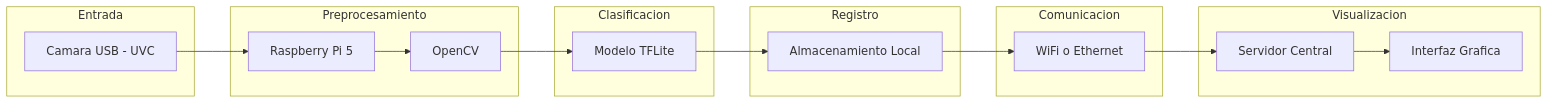
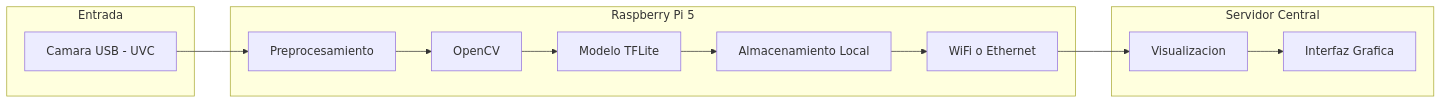
One commit to lestorres/Reconocimiento_clasificacion_de_expresiones changed the diagram in docs/arquitectura.md. Above: the diagram before and after it, drawn with Mermaid. The commit also changed other lines of this file, not shown here.

````diff
--- a/docs/arquitectura.md
+++ b/docs/arquitectura.md
@@ -52,38 +52,29 @@
 ```mermaid
 flowchart LR
     subgraph Entrada
         A[Camara USB - UVC]
     end
 
-    subgraph Preprocesamiento
-        B[Raspberry Pi 5]
+    subgraph  Raspberry Pi 5
+        B[Preprocesamiento]
         C[OpenCV]
-    end
-
-    subgraph Clasificacion
         D[Modelo TFLite]
-    end
-
-    subgraph Registro
         E[Almacenamiento Local]
-    end
-
-    subgraph Comunicacion
         F[WiFi o Ethernet]
     end
 
-    subgraph Visualizacion
-        G[Servidor Central]
+    subgraph Servidor Central
+        G[Visualizacion]
         H[Interfaz Grafica]
     end
 
     A --> B
     B --> C
     C --> D
     D --> E
     E --> F
     F --> G
     G --> H
 
 
 ```
````
